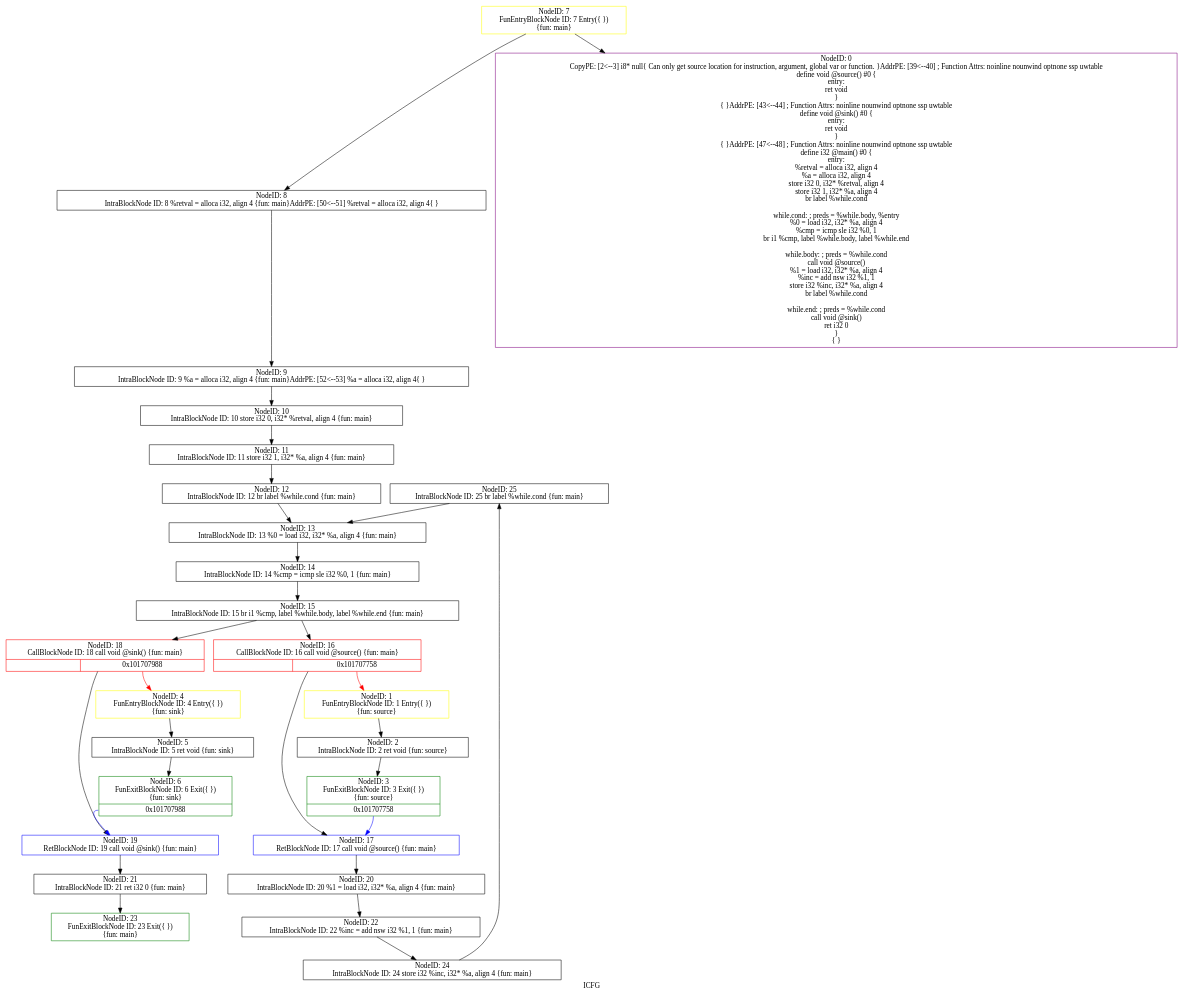
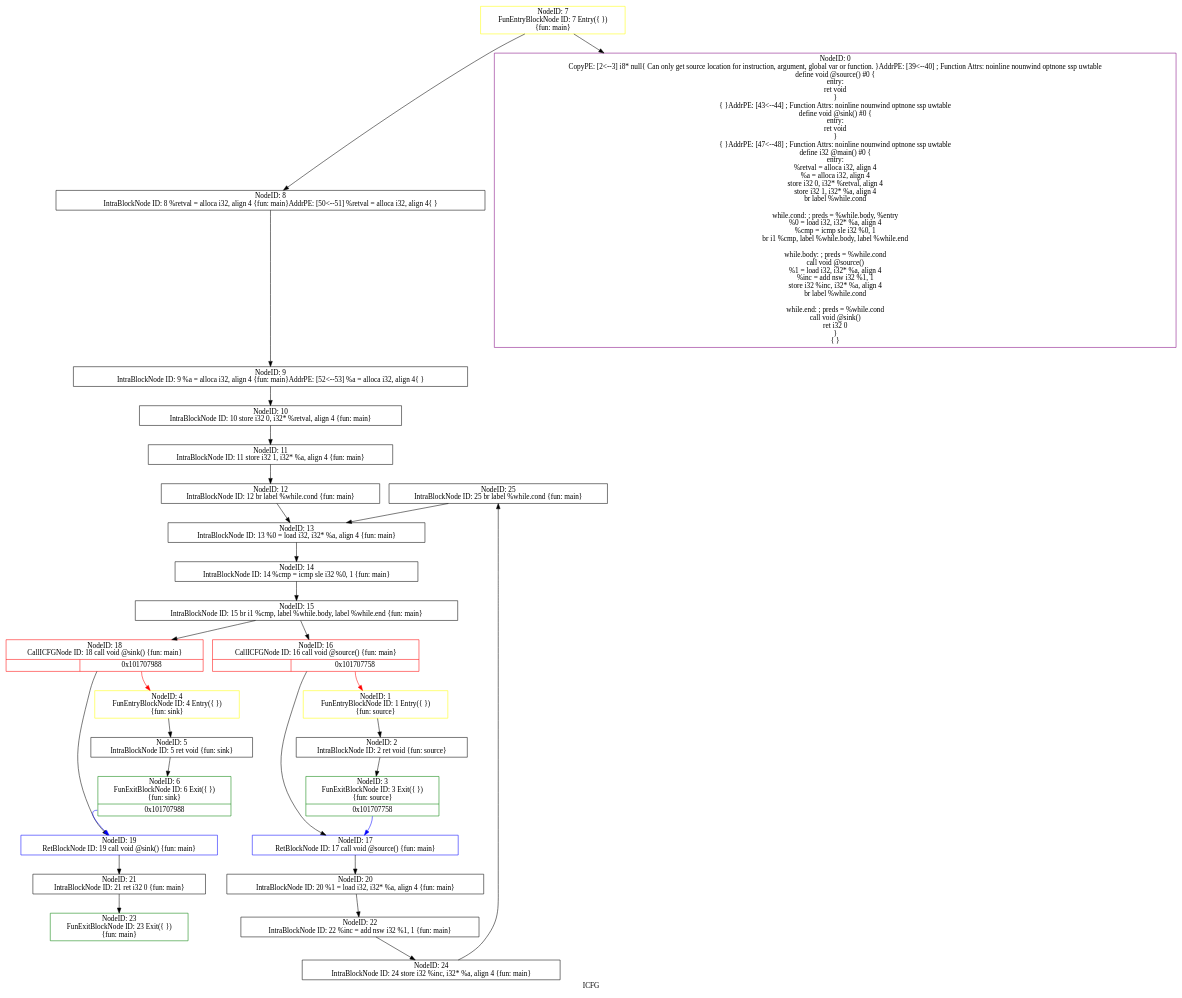
One commit to SVF-tools/Teaching-Software-Analysis changed the diagram in Assignment-2/testcase/dot/icfg_test2.dot. Above: the diagram before and after it, drawn with Graphviz. The commit also changed 24 other files, not shown here.

```diff
--- a/Assignment-2/testcase/dot/icfg_test2.dot
+++ b/Assignment-2/testcase/dot/icfg_test2.dot
@@ -1,58 +1,58 @@
 digraph "ICFG" {
 	label="ICFG";
 
 	Node0x10170b6f0 [shape=record,color=black,label="{NodeID: 25\nIntraBlockNode ID: 25   br label %while.cond \{fun: main\}}"];
 	Node0x10170b6f0 -> Node0x101708f80[style=solid];
 	Node0x10170b590 [shape=record,color=black,label="{NodeID: 24\nIntraBlockNode ID: 24   store i32 %inc, i32* %a, align 4 \{fun: main\}}"];
 	Node0x10170b590 -> Node0x10170b6f0[style=solid];
 	Node0x10170b360 [shape=record,color=green,label="{NodeID: 23\nFunExitBlockNode ID: 23 Exit(\{  \})\n \{fun: main\}}"];
 	Node0x10170b180 [shape=record,color=black,label="{NodeID: 22\nIntraBlockNode ID: 22   %inc = add nsw i32 %1, 1 \{fun: main\}}"];
 	Node0x10170b180 -> Node0x10170b590[style=solid];
 	Node0x10170aeb0 [shape=record,color=black,label="{NodeID: 21\nIntraBlockNode ID: 21   ret i32 0 \{fun: main\}}"];
 	Node0x10170aeb0 -> Node0x10170b360[style=solid];
 	Node0x10170aca0 [shape=record,color=black,label="{NodeID: 20\nIntraBlockNode ID: 20   %1 = load i32, i32* %a, align 4 \{fun: main\}}"];
 	Node0x10170aca0 -> Node0x10170b180[style=solid];
 	Node0x10170aa80 [shape=record,color=blue,label="{NodeID: 19\nRetBlockNode ID: 19   call void @sink() \{fun: main\}}"];
 	Node0x10170aa80 -> Node0x10170aeb0[style=solid];
-	Node0x10170a900 [shape=record,color=red,label="{NodeID: 18\nCallBlockNode ID: 18   call void @sink() \{fun: main\}|{|<s1>0x101707988}}"];
+	Node0x10170a900 [shape=record,color=red,label="{NodeID: 18\nCallICFGNode ID: 18   call void @sink() \{fun: main\}|{|<s1>0x101707988}}"];
 	Node0x10170a900 -> Node0x10170aa80[style=solid];
 	Node0x10170a900:s1 -> Node0x101706150[style=solid,color=red];
 	Node0x10170a6e0 [shape=record,color=blue,label="{NodeID: 17\nRetBlockNode ID: 17   call void @source() \{fun: main\}}"];
 	Node0x10170a6e0 -> Node0x10170aca0[style=solid];
-	Node0x10170a560 [shape=record,color=red,label="{NodeID: 16\nCallBlockNode ID: 16   call void @source() \{fun: main\}|{|<s1>0x101707758}}"];
+	Node0x10170a560 [shape=record,color=red,label="{NodeID: 16\nCallICFGNode ID: 16   call void @source() \{fun: main\}|{|<s1>0x101707758}}"];
 	Node0x10170a560 -> Node0x10170a6e0[style=solid];
 	Node0x10170a560:s1 -> Node0x101705d60[style=solid,color=red];
 	Node0x1017092b0 [shape=record,color=black,label="{NodeID: 15\nIntraBlockNode ID: 15   br i1 %cmp, label %while.body, label %while.end \{fun: main\}}"];
 	Node0x1017092b0 -> Node0x10170a560[style=solid];
 	Node0x1017092b0 -> Node0x10170a900[style=solid];
 	Node0x101709160 [shape=record,color=black,label="{NodeID: 14\nIntraBlockNode ID: 14   %cmp = icmp sle i32 %0, 1 \{fun: main\}}"];
 	Node0x101709160 -> Node0x1017092b0[style=solid];
 	Node0x101708f80 [shape=record,color=black,label="{NodeID: 13\nIntraBlockNode ID: 13   %0 = load i32, i32* %a, align 4 \{fun: main\}}"];
 	Node0x101708f80 -> Node0x101709160[style=solid];
 	Node0x101708e00 [shape=record,color=black,label="{NodeID: 12\nIntraBlockNode ID: 12   br label %while.cond \{fun: main\}}"];
 	Node0x101708e00 -> Node0x101708f80[style=solid];
 	Node0x101708bf0 [shape=record,color=black,label="{NodeID: 11\nIntraBlockNode ID: 11   store i32 1, i32* %a, align 4 \{fun: main\}}"];
 	Node0x101708bf0 -> Node0x101708e00[style=solid];
 	Node0x101708ab0 [shape=record,color=black,label="{NodeID: 10\nIntraBlockNode ID: 10   store i32 0, i32* %retval, align 4 \{fun: main\}}"];
 	Node0x101708ab0 -> Node0x101708bf0[style=solid];
 	Node0x10170a310 [shape=record,color=black,label="{NodeID: 9\nIntraBlockNode ID: 9   %a = alloca i32, align 4 \{fun: main\}AddrPE: [52\<--53]    %a = alloca i32, align 4\{  \}}"];
 	Node0x10170a310 -> Node0x101708ab0[style=solid];
 	Node0x10170a180 [shape=record,color=black,label="{NodeID: 8\nIntraBlockNode ID: 8   %retval = alloca i32, align 4 \{fun: main\}AddrPE: [50\<--51]    %retval = alloca i32, align 4\{  \}}"];
 	Node0x10170a180 -> Node0x10170a310[style=solid];
 	Node0x10170a0e0 [shape=record,color=yellow,label="{NodeID: 7\nFunEntryBlockNode ID: 7 Entry(\{  \})\n \{fun: main\}}"];
 	Node0x10170a0e0 -> Node0x101705ca0[style=solid];
 	Node0x10170a0e0 -> Node0x10170a180[style=solid];
 	Node0x1017063e0 [shape=record,color=green,label="{NodeID: 6\nFunExitBlockNode ID: 6 Exit(\{  \})\n \{fun: sink\}|{<s0>0x101707988}}"];
 	Node0x1017063e0:s0 -> Node0x10170aa80[style=solid,color=blue];
 	Node0x101706230 [shape=record,color=black,label="{NodeID: 5\nIntraBlockNode ID: 5   ret void \{fun: sink\}}"];
 	Node0x101706230 -> Node0x1017063e0[style=solid];
 	Node0x101706150 [shape=record,color=yellow,label="{NodeID: 4\nFunEntryBlockNode ID: 4 Entry(\{  \})\n \{fun: sink\}}"];
 	Node0x101706150 -> Node0x101706230[style=solid];
 	Node0x101705ff0 [shape=record,color=green,label="{NodeID: 3\nFunExitBlockNode ID: 3 Exit(\{  \})\n \{fun: source\}|{<s0>0x101707758}}"];
 	Node0x101705ff0:s0 -> Node0x10170a6e0[style=solid,color=blue];
 	Node0x101705e40 [shape=record,color=black,label="{NodeID: 2\nIntraBlockNode ID: 2   ret void \{fun: source\}}"];
 	Node0x101705e40 -> Node0x101705ff0[style=solid];
 	Node0x101705d60 [shape=record,color=yellow,label="{NodeID: 1\nFunEntryBlockNode ID: 1 Entry(\{  \})\n \{fun: source\}}"];
 	Node0x101705d60 -> Node0x101705e40[style=solid];
 	Node0x101705ca0 [shape=record,color=purple,label="{NodeID: 0\nCopyPE: [2\<--3]  i8* null\{ Can only get source location for instruction, argument, global var or function. \}AddrPE: [39\<--40]  ; Function Attrs: noinline nounwind optnone ssp uwtable\ndefine void @source() #0 \{\nentry:\n  ret void\n\}\n\{  \}AddrPE: [43\<--44]  ; Function Attrs: noinline nounwind optnone ssp uwtable\ndefine void @sink() #0 \{\nentry:\n  ret void\n\}\n\{  \}AddrPE: [47\<--48]  ; Function Attrs: noinline nounwind optnone ssp uwtable\ndefine i32 @main() #0 \{\nentry:\n  %retval = alloca i32, align 4\n  %a = alloca i32, align 4\n  store i32 0, i32* %retval, align 4\n  store i32 1, i32* %a, align 4\n  br label %while.cond\n\nwhile.cond:                                       ; preds = %while.body, %entry\n  %0 = load i32, i32* %a, align 4\n  %cmp = icmp sle i32 %0, 1\n  br i1 %cmp, label %while.body, label %while.end\n\nwhile.body:                                       ; preds = %while.cond\n  call void @source()\n  %1 = load i32, i32* %a, align 4\n  %inc = add nsw i32 %1, 1\n  store i32 %inc, i32* %a, align 4\n  br label %while.cond\n\nwhile.end:                                        ; preds = %while.cond\n  call void @sink()\n  ret i32 0\n\}\n\{  \}}"];
 }
```
